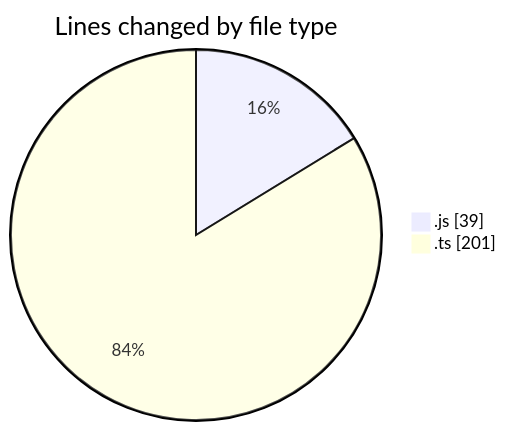
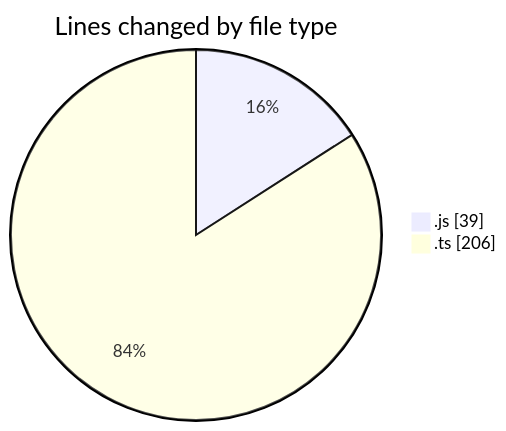
One commit to momahboobian/code-tracking changed the first of 2 diagrams in 2025-06-19/cda/README.md. Above: the diagram before and after it, drawn with Mermaid. The commit also changed other lines of this file and 1 other file, not shown here.

````diff
--- a/2025-06-19/cda/README.md
+++ b/2025-06-19/cda/README.md
@@ -22,6 +22,6 @@
 ```mermaid
 pie showData
 title Lines changed by file type
 ".js" : 39
-".ts" : 201
+".ts" : 206
 ```
````
